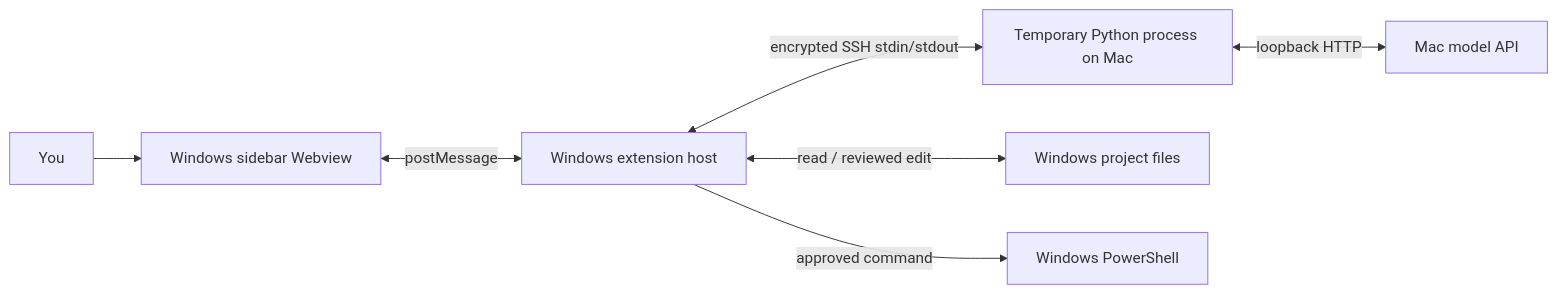
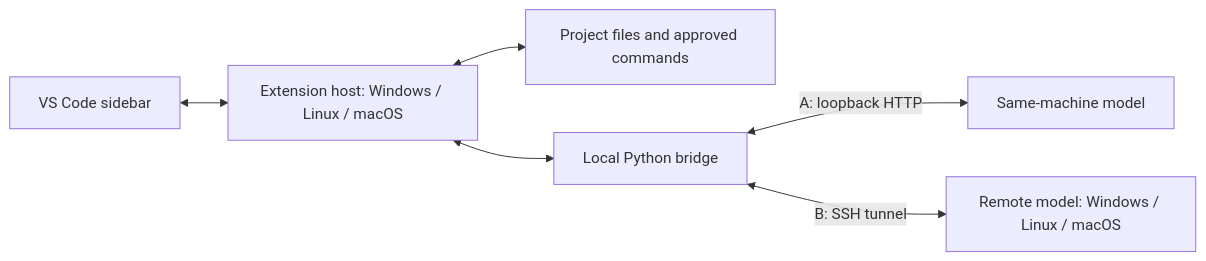
The diagram in docs/workshops/macstudio-agent/01-architecture-and-connection.md (gisyaliny/ai), drawn with Mermaid before and after one commit. The commit also changed other lines of this file and 14 other files, not shown here.

Commit message:
Make coding agent workshop portable across Windows Linux and macOS

````diff
--- a/docs/workshops/macstudio-agent/01-architecture-and-connection.md
+++ b/docs/workshops/macstudio-agent/01-architecture-and-connection.md
@@ -19,9 +18,8 @@
 ```{mermaid}
 flowchart LR
-    U[You] --> W[Windows sidebar Webview]
-    W <-->|postMessage| E[Windows extension host]
-    E <-->|encrypted SSH stdin/stdout| P[Temporary Python process on Mac]
-    P <-->|loopback HTTP| M[Mac model API]
-    E <-->|read / reviewed edit| F[Windows project files]
-    E -->|approved command| T[Windows PowerShell]
+    U["VS Code sidebar"] <--> E["Extension host: Windows / Linux / macOS"]
+    E <--> F["Project files and approved commands"]
+    E <--> P["Local Python bridge"]
+    P <-->|"A: loopback HTTP"| L["Same-machine model"]
+    P <-->|"B: SSH tunnel"| R["Remote model: Windows / Linux / macOS"]
 ```
````
